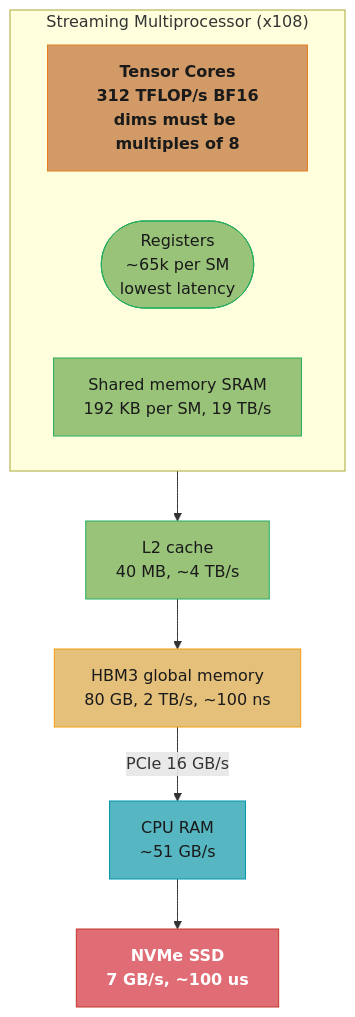
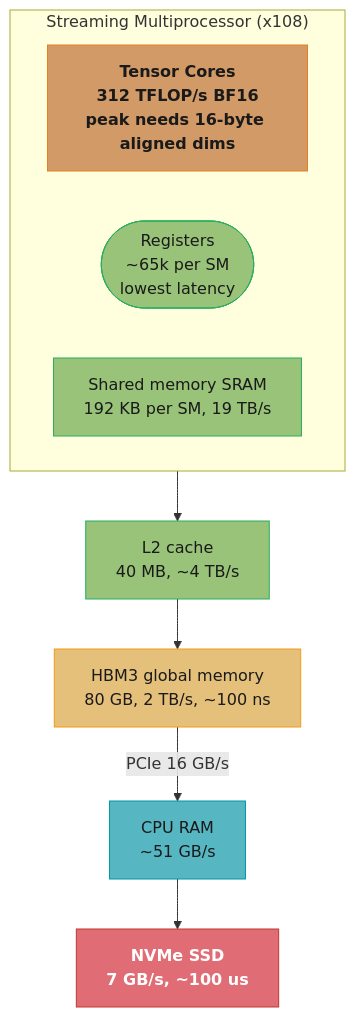
Before and after one commit to rppol/system-design: the first of 5 diagrams in src/main/java/com/rutik/systemdesign/ml/gpu_and_hardware_optimization/gpu_and_hardware_optimization.md, drawn with Mermaid. The commit also changed other lines of this file and 466 other files, not shown here.

````diff
--- a/src/main/java/com/rutik/systemdesign/ml/gpu_and_hardware_optimization/gpu_and_hardware_optimization.md
+++ b/src/main/java/com/rutik/systemdesign/ml/gpu_and_hardware_optimization/gpu_and_hardware_optimization.md
@@ -83,26 +83,26 @@
 ```mermaid
 flowchart TD
     classDef io      fill:#61afef,stroke:#2e86c1,color:#1a1a1a,font-weight:bold
     classDef frozen  fill:#c678dd,stroke:#9b59b6,color:#fff
     classDef train   fill:#98c379,stroke:#27ae60,color:#1a1a1a
     classDef mathOp  fill:#d19a66,stroke:#e67e22,color:#1a1a1a,font-weight:bold
     classDef lossN   fill:#e06c75,stroke:#c0392b,color:#fff,font-weight:bold
     classDef req     fill:#56b6c2,stroke:#0097a7,color:#1a1a1a
     classDef base    fill:#e5c07b,stroke:#f39c12,color:#1a1a1a
 
     subgraph SM["Streaming Multiprocessor (x108)"]
-        tc["Tensor Cores\n312 TFLOP/s BF16\ndims must be multiples of 8"]
+        tc["Tensor Cores\n312 TFLOP/s BF16\npeak needs 16-byte aligned dims"]
         reg(["Registers\n~65k per SM\nlowest latency"])
         smem["Shared memory SRAM\n192 KB per SM, 19 TB/s"]
     end
     SM --> l2["L2 cache\n40 MB, ~4 TB/s"]
     l2 --> hbm["HBM3 global memory\n80 GB, 2 TB/s, ~100 ns"]
     hbm -->|"PCIe 16 GB/s"| cpu["CPU RAM\n~51 GB/s"]
     cpu --> nvme["NVMe SSD\n7 GB/s, ~100 us"]
 
     class tc mathOp
     class reg,smem,l2 train
     class hbm base
     class cpu req
     class nvme lossN
 ```
````
